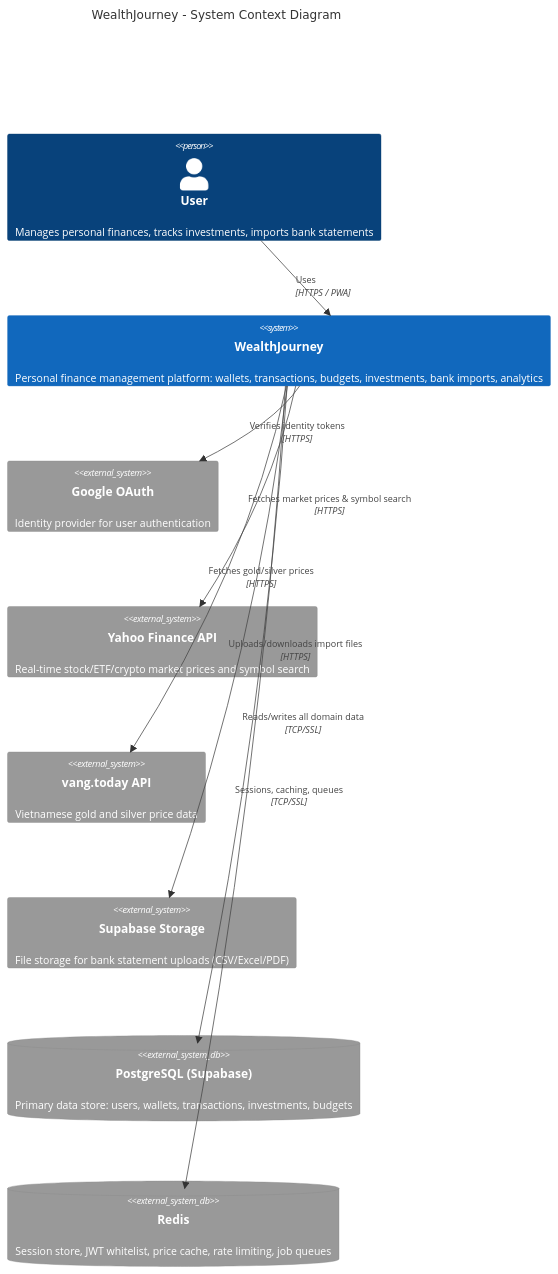
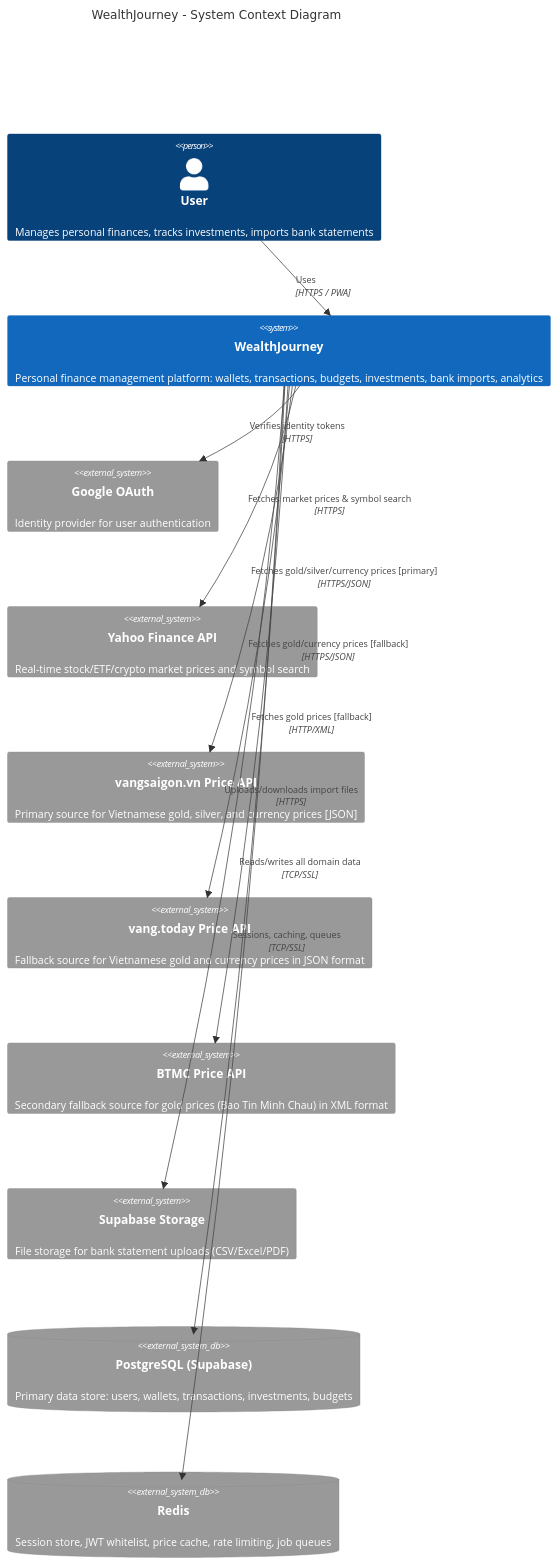
The diagram in docs/architecture/c4-context.md (khanhnq1406/wealth-journey), drawn with Mermaid before and after one commit. The commit also changed other lines of this file and 2 other files, not shown here.

Commit message:
docs(price-fallback): update C4 diagrams for multi-source waterfall fallback
Add vang.today Price API and BTMC Price API as external systems in
c4-context.md. Update GoldPriceService and CurrencyPriceService in
c4-component-backend.md to show 3-source and 2-source fallback chains
respectively. Add pkg/vangtoday and pkg/btmc components.

````diff
--- a/docs/architecture/c4-context.md
+++ b/docs/architecture/c4-context.md
@@ -5,24 +5,28 @@
 ```mermaid
 C4Context
     title WealthJourney - System Context Diagram
 
     Person(user, "User", "Manages personal finances, tracks investments, imports bank statements")
 
     System(wj, "WealthJourney", "Personal finance management platform: wallets, transactions, budgets, investments, bank imports, analytics")
 
     System_Ext(google, "Google OAuth", "Identity provider for user authentication")
     System_Ext(yahoo, "Yahoo Finance API", "Real-time stock/ETF/crypto market prices and symbol search")
-    System_Ext(vang247, "vang.today API", "Vietnamese gold and silver price data")
+    System_Ext(vangsaigon, "vangsaigon.vn Price API", "Primary source for Vietnamese gold, silver, and currency prices [JSON]")
+    System_Ext(vangtodayPriceAPI, "vang.today Price API", "Fallback source for Vietnamese gold and currency prices in JSON format")
+    System_Ext(btmcPriceAPI, "BTMC Price API", "Secondary fallback source for gold prices (Bao Tin Minh Chau) in XML format")
     System_Ext(supabase_storage, "Supabase Storage", "File storage for bank statement uploads (CSV/Excel/PDF)")
 
     SystemDb_Ext(postgres, "PostgreSQL (Supabase)", "Primary data store: users, wallets, transactions, investments, budgets")
     SystemDb_Ext(redis, "Redis", "Session store, JWT whitelist, price cache, rate limiting, job queues")
 
     Rel(user, wj, "Uses", "HTTPS / PWA")
     Rel(wj, google, "Verifies identity tokens", "HTTPS")
     Rel(wj, yahoo, "Fetches market prices & symbol search", "HTTPS")
-    Rel(wj, vang247, "Fetches gold/silver prices", "HTTPS")
+    Rel(wj, vangsaigon, "Fetches gold/silver/currency prices [primary]", "HTTPS/JSON")
+    Rel(wj, vangtodayPriceAPI, "Fetches gold/currency prices [fallback]", "HTTPS/JSON")
+    Rel(wj, btmcPriceAPI, "Fetches gold prices [fallback]", "HTTP/XML")
     Rel(wj, supabase_storage, "Uploads/downloads import files", "HTTPS")
     Rel(wj, postgres, "Reads/writes all domain data", "TCP/SSL")
     Rel(wj, redis, "Sessions, caching, queues", "TCP/SSL")
 ```
````
